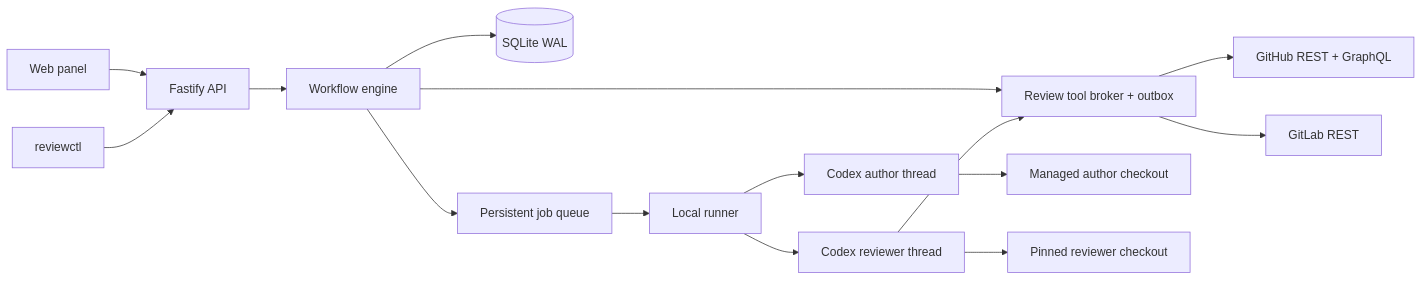
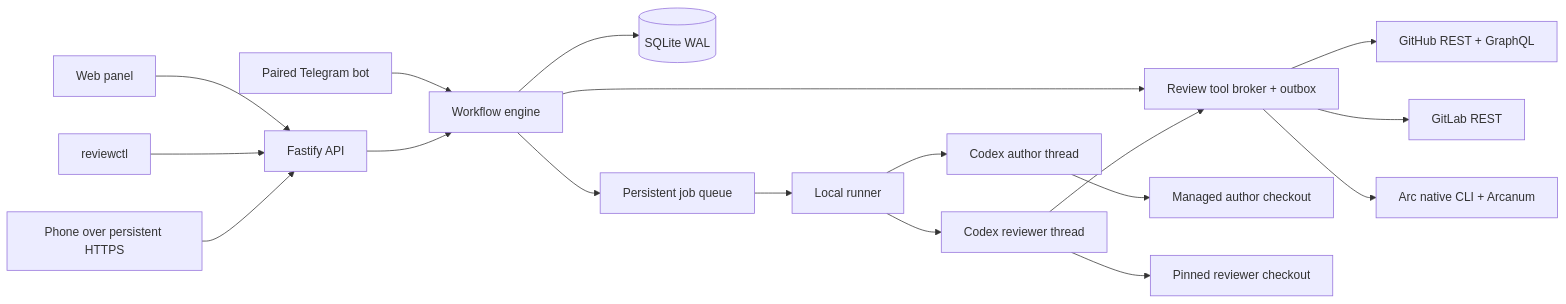
Before and after one commit to heesooyaam/daddyloop: the first of 2 diagrams in docs/architecture.md, drawn with Mermaid. The commit also changed other lines of this file and 53 other files, not shown here.

Commit message:
Add managed installation, phone access, Telegram and Arcadia support

````diff
--- a/docs/architecture.md
+++ b/docs/architecture.md
@@ -5,17 +5,20 @@
 ```mermaid
 flowchart LR
     UI[Web panel] --> API[Fastify API]
     CLI[reviewctl] --> API
+    Phone[Phone over persistent HTTPS] --> API
+    Telegram[Paired Telegram bot] --> Engine
     API --> Engine[Workflow engine]
     Engine --> DB[(SQLite WAL)]
     Engine --> Broker[Review tool broker + outbox]
     Broker --> GH[GitHub REST + GraphQL]
     Broker --> GL[GitLab REST]
+    Broker --> Arc[Arc native CLI + Arcanum]
     Engine --> Queue[Persistent job queue]
     Queue --> Worker[Local runner]
     Worker --> Author[Codex author thread]
     Worker --> Reviewer[Codex reviewer thread]
     Author --> AW[Managed author checkout]
     Reviewer --> RW[Pinned reviewer checkout]
     Reviewer --> Broker
 ```
````
